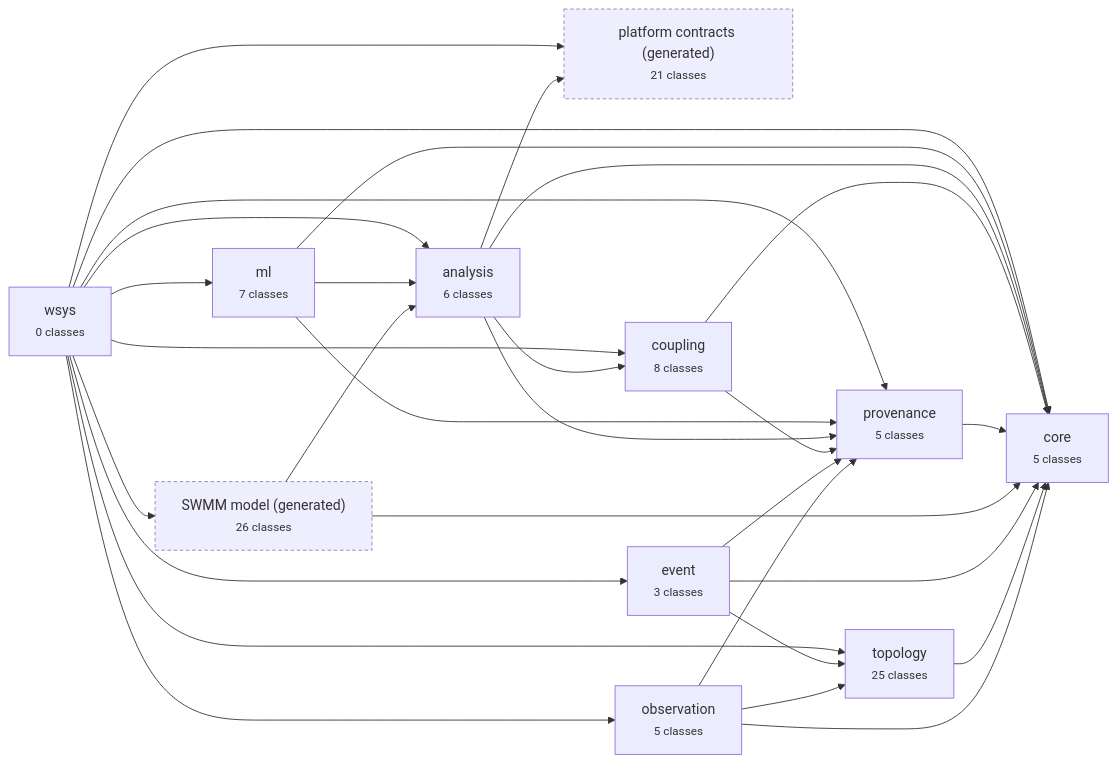
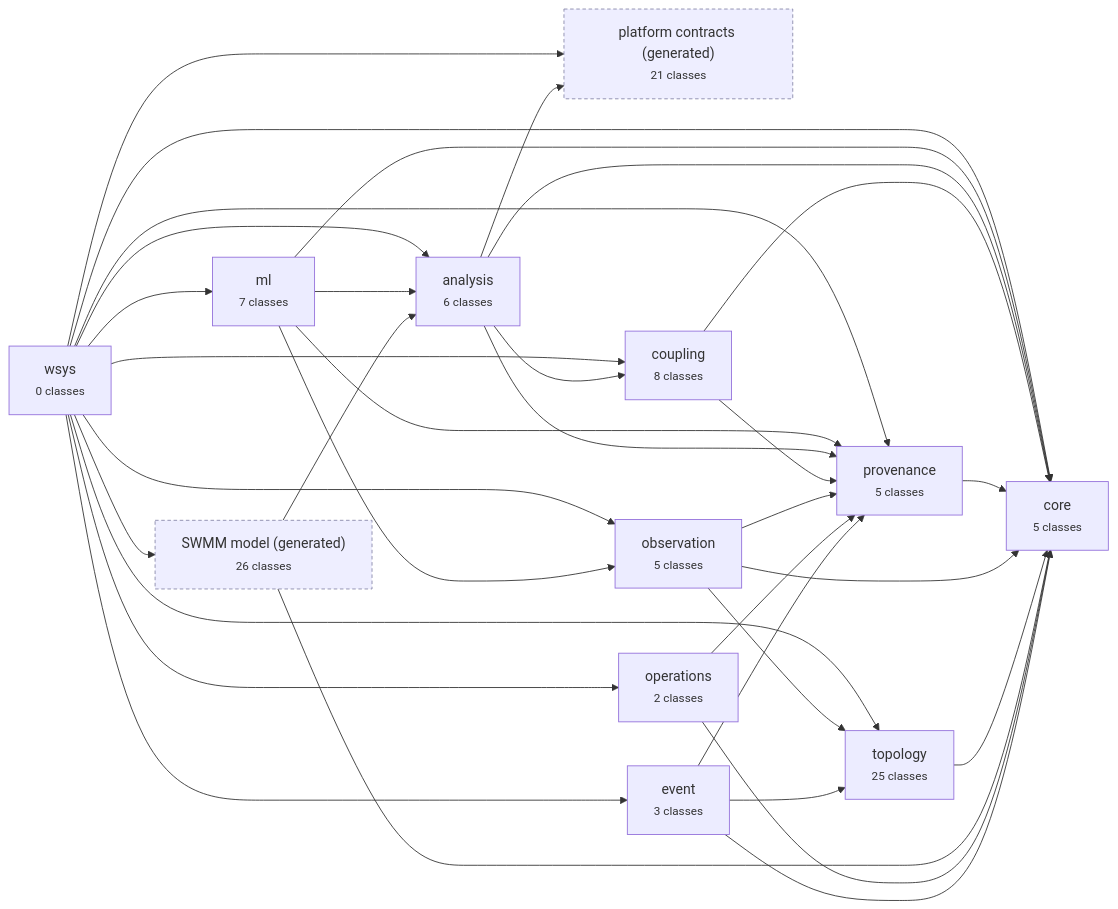
Before and after one commit to HydroCouple/water-ontology: the diagram in docs/diagrams/modules.md, drawn with Mermaid. The commit also changed 19 other files, not shown here.

````diff
--- a/docs/diagrams/modules.md
+++ b/docs/diagrams/modules.md
@@ -5,44 +5,49 @@
 ```mermaid
 flowchart LR
   wsys["wsys<br/><small>0 classes</small>"]
   wsys_ml["ml<br/><small>7 classes</small>"]
   wsys_analysis["analysis<br/><small>6 classes</small>"]
   wsys_analysis_platform["platform contracts (generated)<br/><small>21 classes</small>"]:::gen
   wsys_coupling["coupling<br/><small>8 classes</small>"]
   wsys_provenance["provenance<br/><small>5 classes</small>"]
   wsys_core["core<br/><small>5 classes</small>"]
+  wsys_observation["observation<br/><small>5 classes</small>"]
+  wsys_topology["topology<br/><small>25 classes</small>"]
   wsys_model["SWMM model (generated)<br/><small>26 classes</small>"]:::gen
+  wsys_operations["operations<br/><small>2 classes</small>"]
   wsys_event["event<br/><small>3 classes</small>"]
-  wsys_topology["topology<br/><small>25 classes</small>"]
-  wsys_observation["observation<br/><small>5 classes</small>"]
   wsys --> wsys_core
   wsys --> wsys_provenance
   wsys --> wsys_topology
   wsys --> wsys_observation
   wsys --> wsys_event
+  wsys --> wsys_operations
   wsys --> wsys_coupling
   wsys --> wsys_analysis_platform
   wsys --> wsys_analysis
   wsys --> wsys_model
   wsys --> wsys_ml
   wsys_ml --> wsys_core
   wsys_ml --> wsys_provenance
+  wsys_ml --> wsys_observation
   wsys_ml --> wsys_analysis
   wsys_analysis --> wsys_core
   wsys_analysis --> wsys_provenance
   wsys_analysis --> wsys_coupling
   wsys_analysis --> wsys_analysis_platform
   wsys_coupling --> wsys_core
   wsys_coupling --> wsys_provenance
   wsys_provenance --> wsys_core
+  wsys_observation --> wsys_core
+  wsys_observation --> wsys_provenance
+  wsys_observation --> wsys_topology
+  wsys_topology --> wsys_core
   wsys_model --> wsys_core
   wsys_model --> wsys_analysis
+  wsys_operations --> wsys_core
+  wsys_operations --> wsys_provenance
   wsys_event --> wsys_core
   wsys_event --> wsys_provenance
   wsys_event --> wsys_topology
-  wsys_topology --> wsys_core
-  wsys_observation --> wsys_core
-  wsys_observation --> wsys_provenance
-  wsys_observation --> wsys_topology
   classDef gen fill:#eef,stroke:#88a,stroke-dasharray: 4 3;
 ```
````
